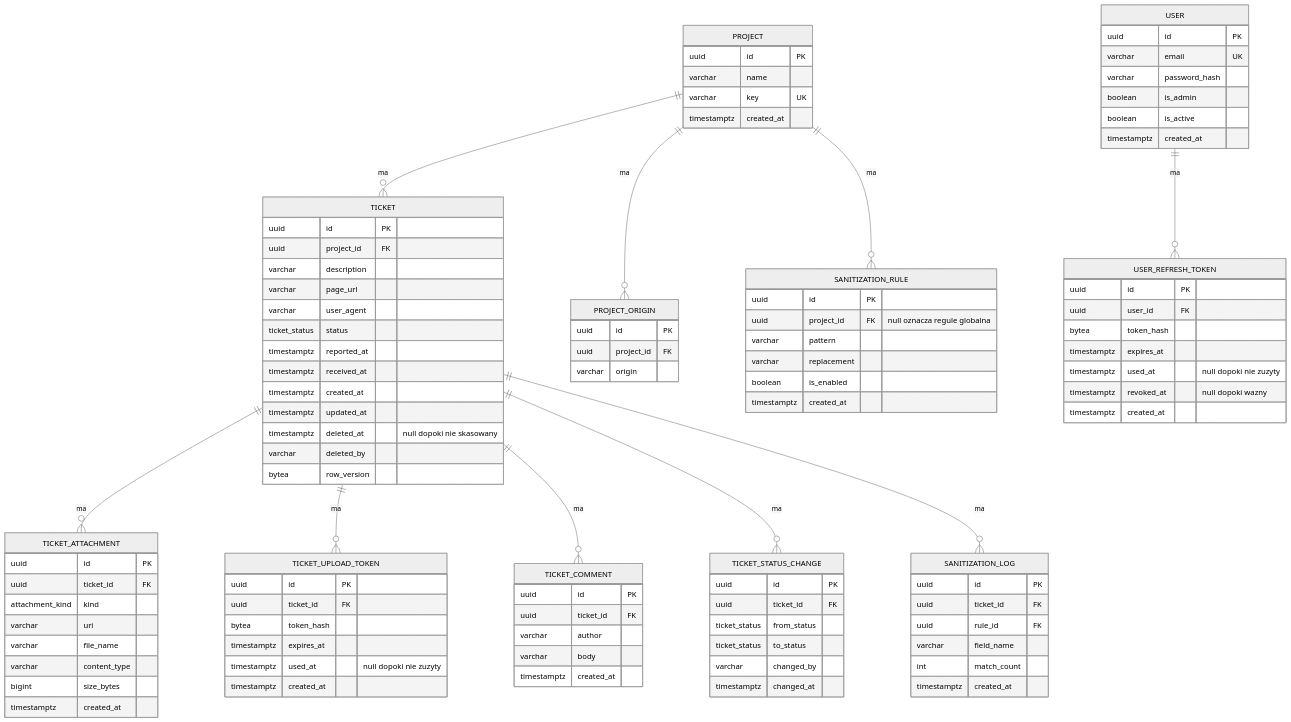
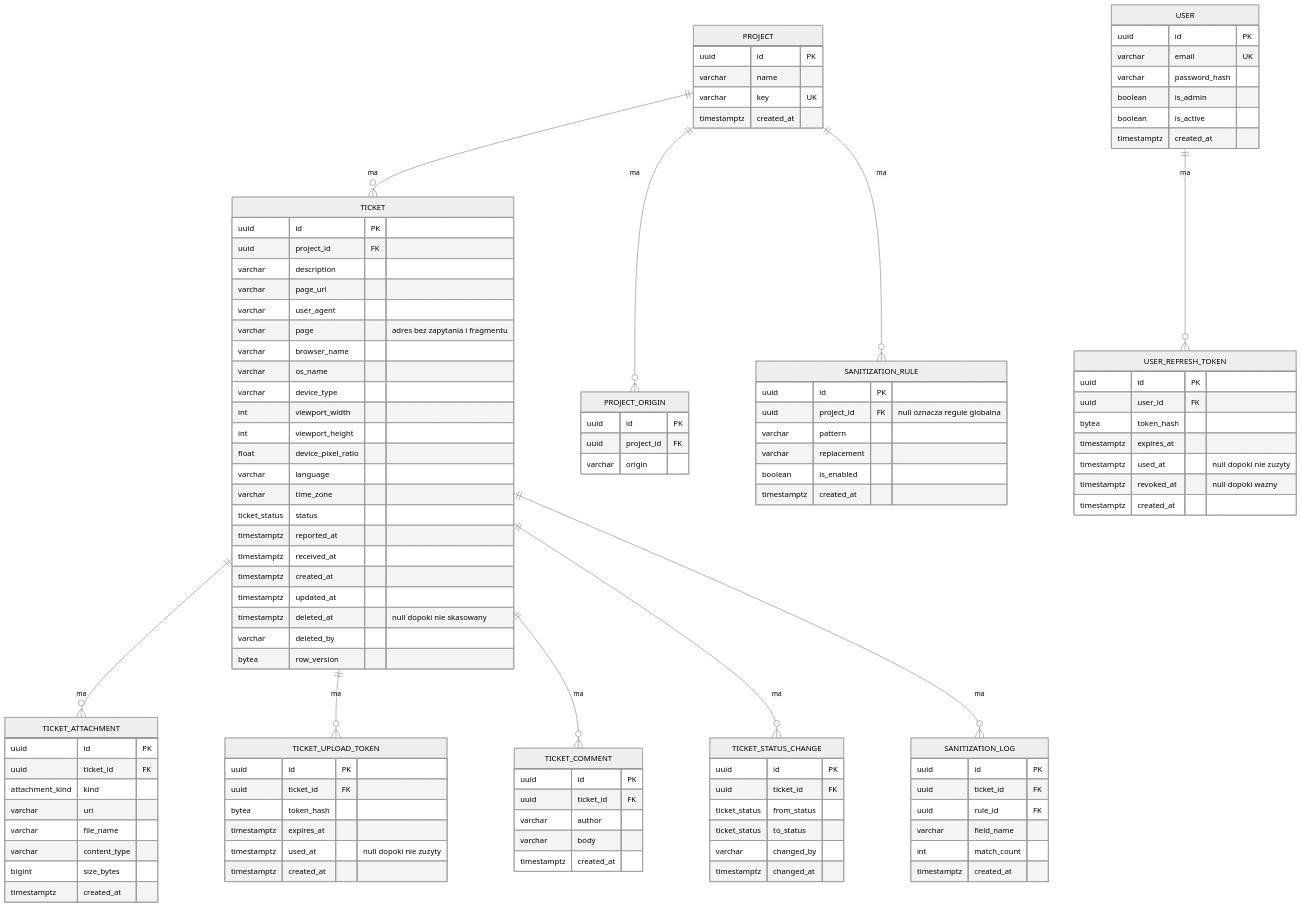
One commit to MarshallBjorn/bug-shot changed the diagram in docs/api.md. Above: the diagram before and after it, drawn with Mermaid (neutral theme). The commit also changed other lines of this file and 15 other files, not shown here.

First line of the commit message:
feat(tickets): store page, browser and client details

```diff
--- a/docs/api.md
+++ b/docs/api.md
@@ -55,6 +55,15 @@
         varchar description
         varchar page_url
         varchar user_agent
+        varchar page "adres bez zapytania i fragmentu"
+        varchar browser_name
+        varchar os_name
+        varchar device_type
+        int viewport_width
+        int viewport_height
+        float device_pixel_ratio
+        varchar language
+        varchar time_zone
         ticket_status status
         timestamptz reported_at
         timestamptz received_at
```
